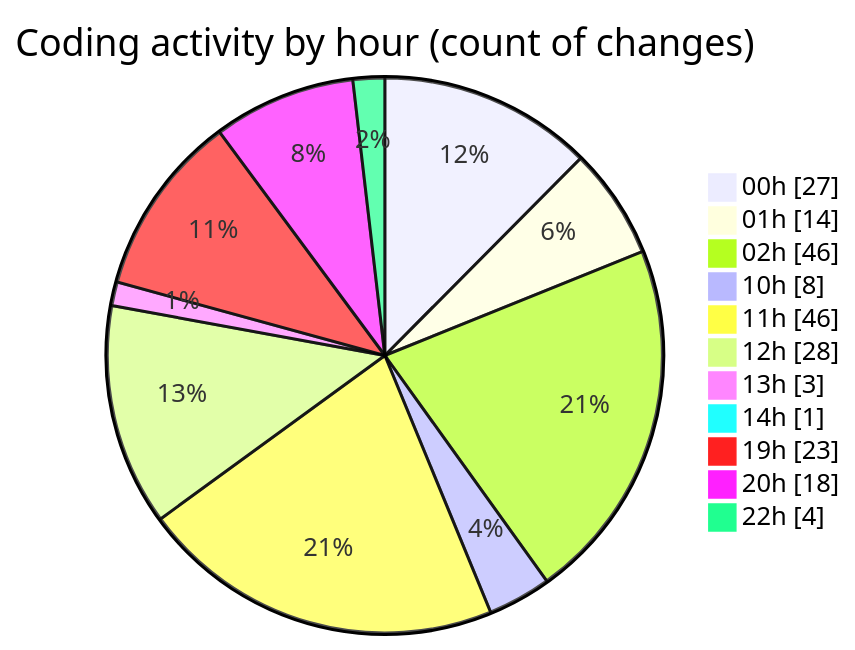
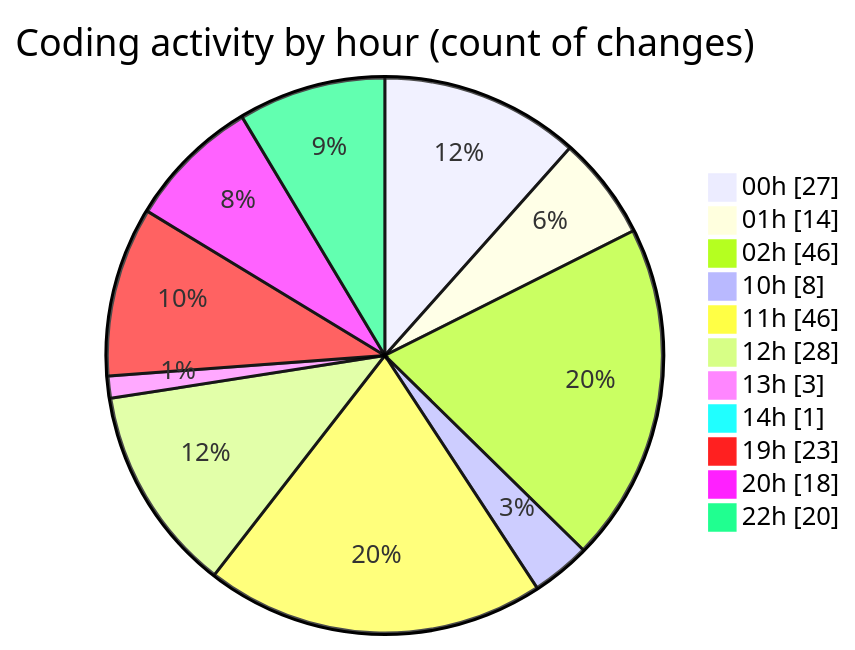
The second of 2 diagrams in 2025-07-17/nhahang/README.md (lephambinh05/code-tracking), drawn with Mermaid before and after one commit. The commit also changed other lines of this file and 1 other file, not shown here.

````diff
--- a/2025-07-17/nhahang/README.md
+++ b/2025-07-17/nhahang/README.md
@@ -95,15 +101,15 @@
 ```mermaid
 pie showData
 title Coding activity by hour (count of changes)
 "00h" : 27
 "01h" : 14
 "02h" : 46
 "10h" : 8
 "11h" : 46
 "12h" : 28
 "13h" : 3
 "14h" : 1
 "19h" : 23
 "20h" : 18
-"22h" : 4
+"22h" : 20
 ```
````
